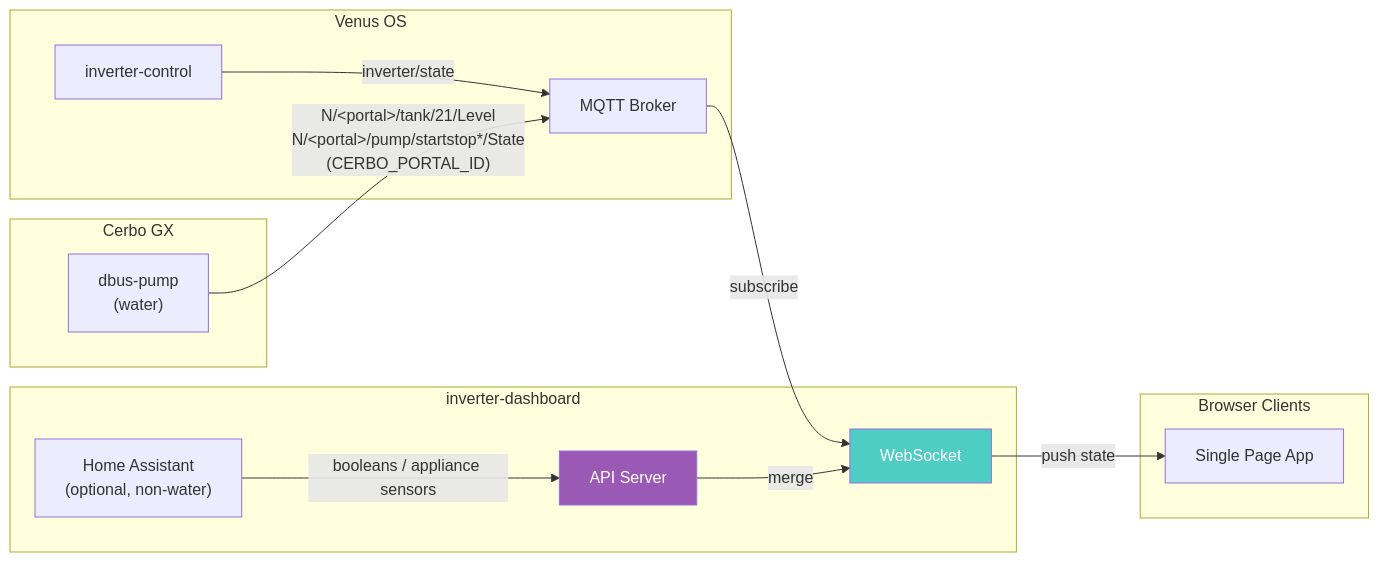
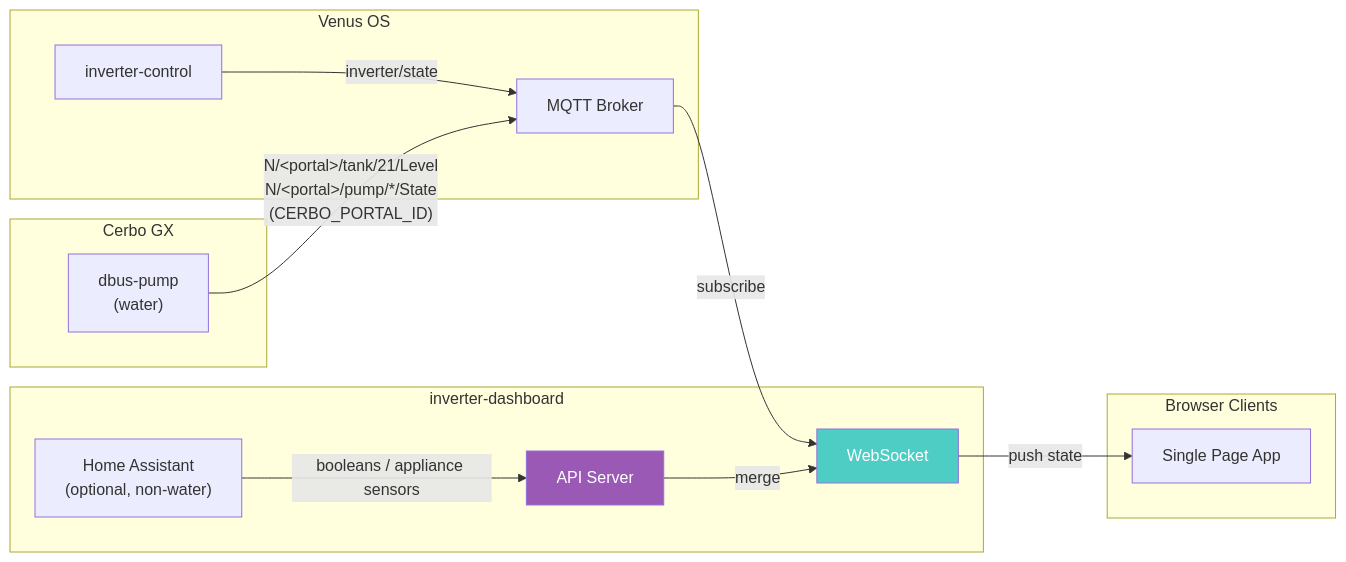
Before and after one commit to victron-venus/inverter-dashboard: the first of 4 diagrams in .github/docs/system-architecture.md, drawn with Mermaid. The commit also changed other lines of this file and 4 other files, not shown here.

First line of the commit message:
fix(water): Venus MQTT bridges pump topics as pump/<instance>/State

````diff
--- a/.github/docs/system-architecture.md
+++ b/.github/docs/system-architecture.md
@@ -5,31 +5,31 @@
 ```mermaid
 flowchart LR
     subgraph Venus["Venus OS"]
         MQTT["MQTT Broker"]
         INV["inverter-control"]
     end
 
     subgraph GX["Cerbo GX"]
         DP["dbus-pump<br/>(water)"]
     end
 
     subgraph Dashboard["inverter-dashboard"]
         WS["WebSocket"]
         API["API Server"]
         HA["Home Assistant<br/>(optional, non-water)"]
     end
 
     subgraph Client["Browser Clients"]
         UI["Single Page App"]
     end
 
     INV -->|"inverter/state"| MQTT
     MQTT -->|"subscribe"| WS
-    DP -->|"N/&lt;portal&gt;/tank/21/Level<br/>N/&lt;portal&gt;/pump/startstop*/State<br/>(CERBO_PORTAL_ID)"| MQTT
+    DP -->|"N/&lt;portal&gt;/tank/21/Level<br/>N/&lt;portal&gt;/pump/*/State<br/>(CERBO_PORTAL_ID)"| MQTT
     WS -->|"push state"| UI
     HA -->|"booleans / appliance sensors"| API
     API -->|"merge"| WS
 
     style WS fill:#4ecdc4,color:#fff
     style API fill:#9b59b6,color:#fff
 ```
````
